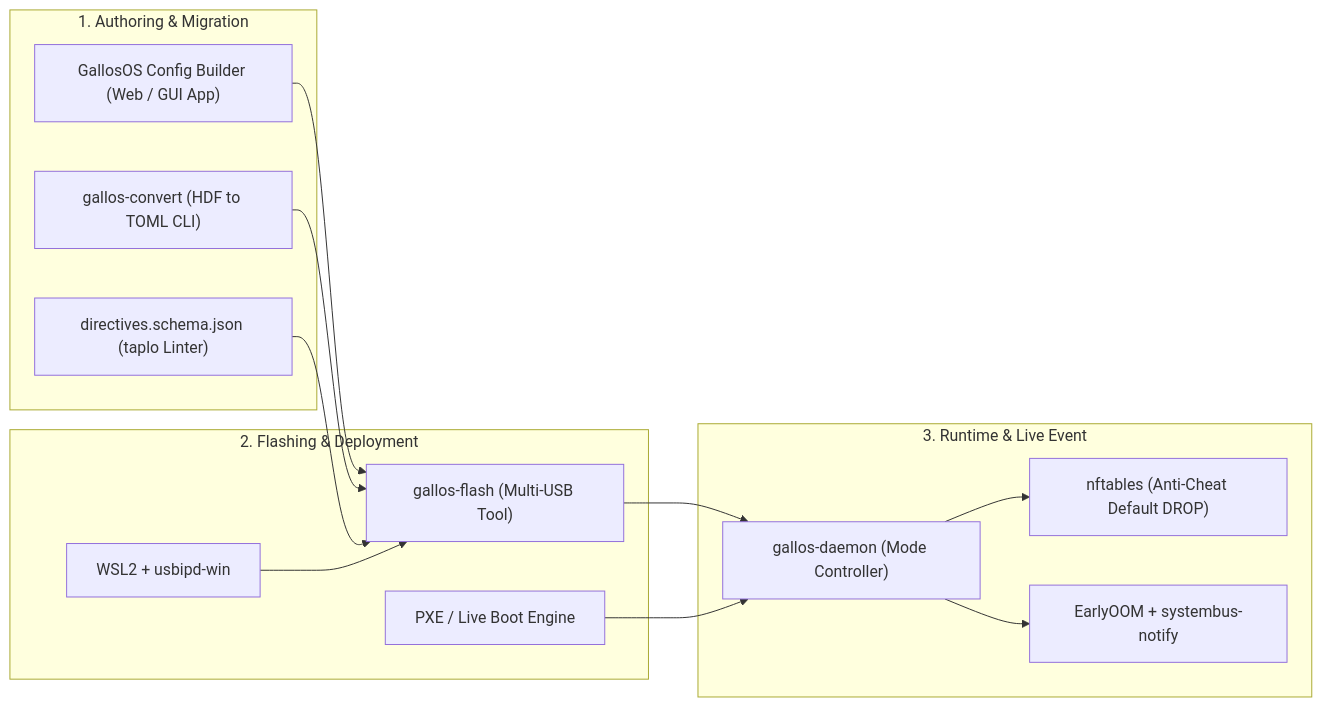
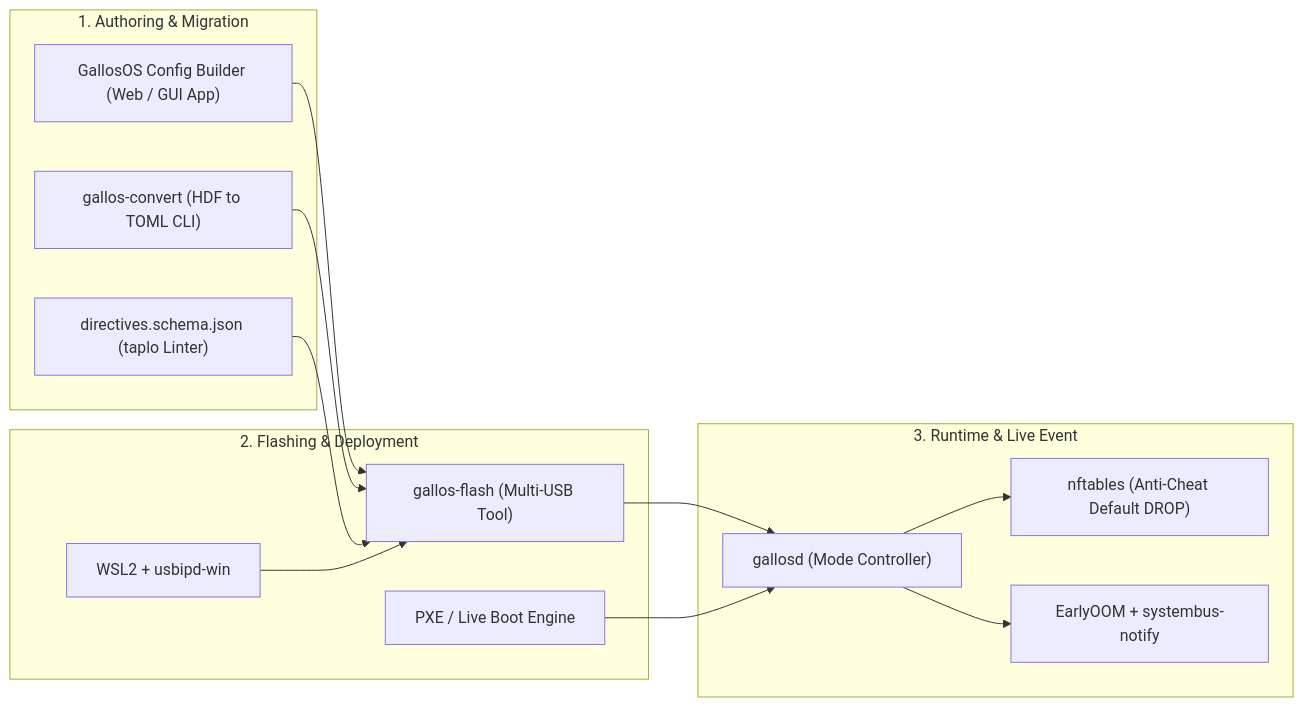
Before and after one commit to CPC-GALLOS/GallosOS: the first of 3 diagrams in docs/CONFIG_SPEC.md, drawn with Mermaid. The commit also changed other lines of this file and 25 other files, not shown here.

````diff
--- a/docs/CONFIG_SPEC.md
+++ b/docs/CONFIG_SPEC.md
@@ -89,29 +89,29 @@
 ```mermaid
 graph LR
     subgraph "1. Authoring & Migration"
         Studio["GallosOS Config Builder (Web / GUI App)"]
         Convert["gallos-convert (HDF to TOML CLI)"]
         Schema["directives.schema.json (taplo Linter)"]
     end
 
     subgraph "2. Flashing & Deployment"
         Flasher["gallos-flash (Multi-USB Tool)"]
         WSL["WSL2 + usbipd-win"]
         Netboot["PXE / Live Boot Engine"]
     end
 
     subgraph "3. Runtime & Live Event"
-        Daemon["gallos-daemon (Mode Controller)"]
+        Daemon["gallosd (Mode Controller)"]
         Firewall["nftables (Anti-Cheat Default DROP)"]
         OOM["EarlyOOM + systembus-notify"]
     end
 
     Studio --> Flasher
     Convert --> Flasher
     Schema --> Flasher
     Flasher --> Daemon
     WSL --> Flasher
     Netboot --> Daemon
     Daemon --> Firewall
     Daemon --> OOM
 ```
````
